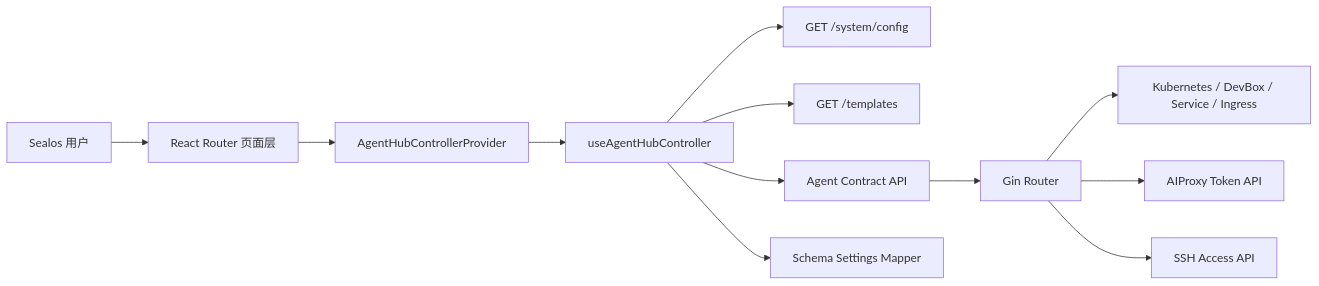
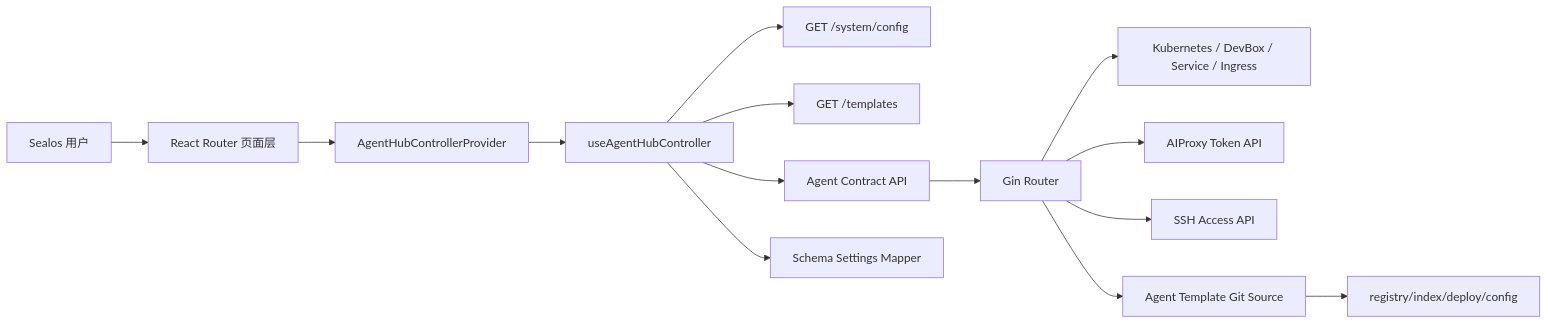
The first of 2 diagrams in helloagents/wiki/arch.md (nightwhite/Agent-Hub), drawn with Mermaid before and after one commit. The commit also changed other lines of this file and 39 other files, not shown here.

````diff
--- a/helloagents/wiki/arch.md
+++ b/helloagents/wiki/arch.md
@@ -5,14 +5,16 @@
 ```mermaid
 flowchart LR
     A["Sealos 用户"] --> B["React Router 页面层"]
     B --> C["AgentHubControllerProvider"]
     C --> D["useAgentHubController"]
     D --> E["GET /system/config"]
     D --> F["GET /templates"]
     D --> G["Agent Contract API"]
     D --> L["Schema Settings Mapper"]
     G --> H["Gin Router"]
     H --> I["Kubernetes / DevBox / Service / Ingress"]
     H --> J["AIProxy Token API"]
     H --> K["SSH Access API"]
+    H --> M["Agent Template Git Source"]
+    M --> N["registry/index/deploy/config"]
 ```
````
